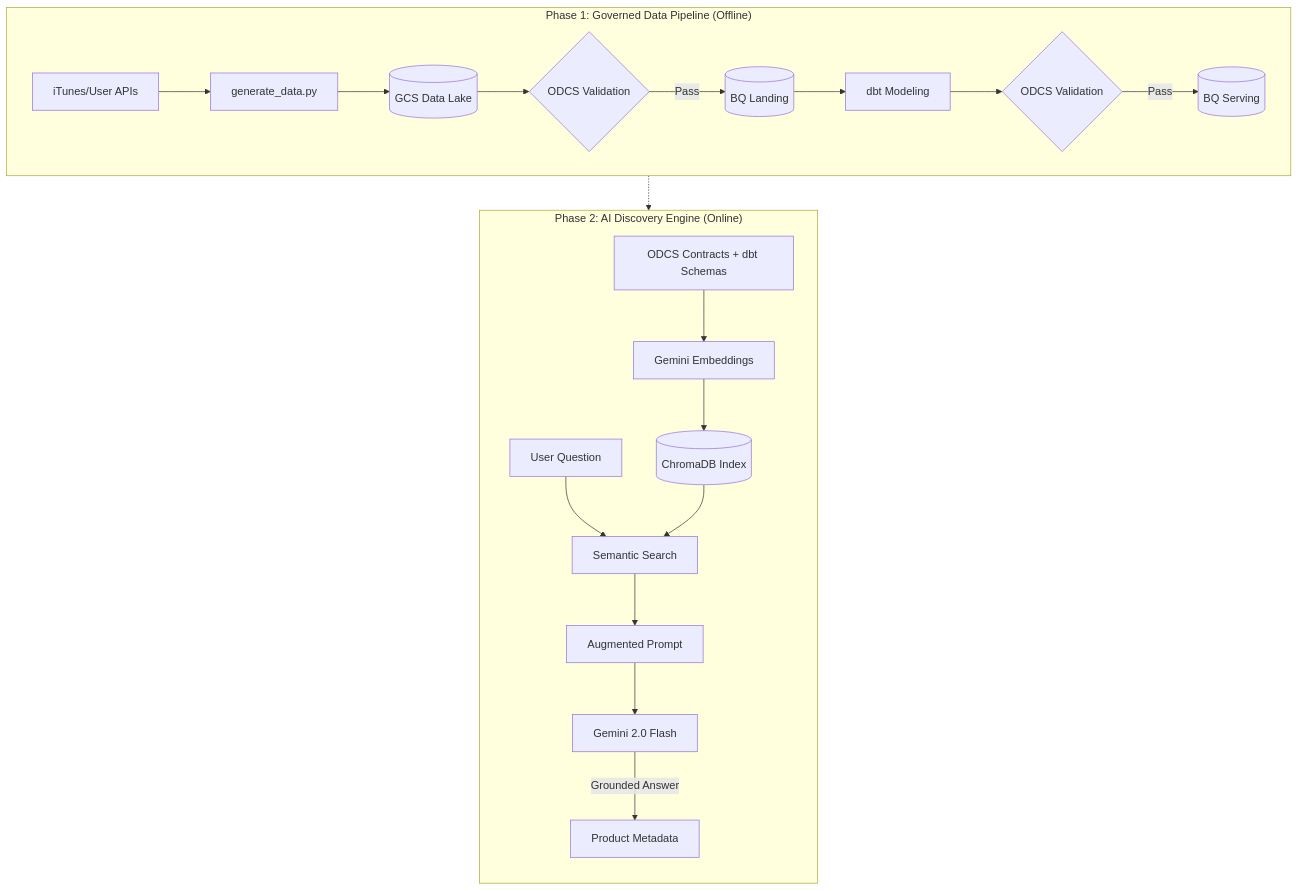
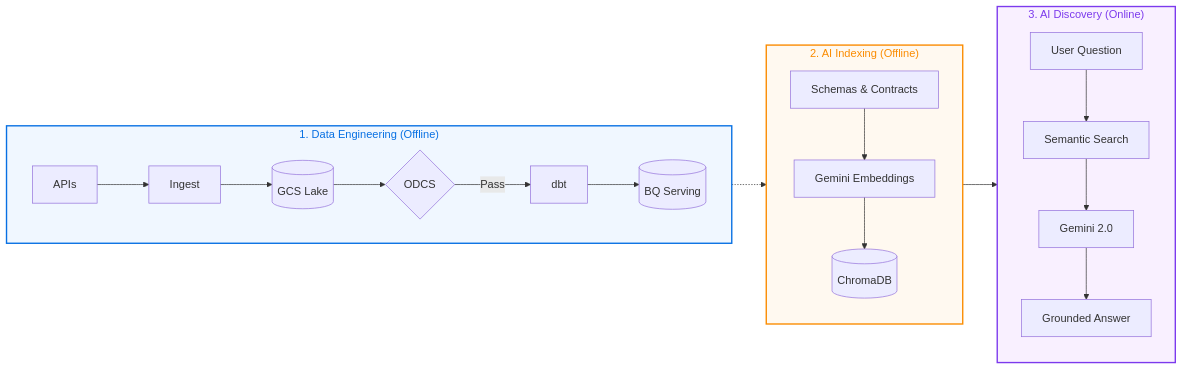
The diagram in README.md (Chugh-Gourav/deftunes_data_engineering_rag_capstone), drawn with Mermaid before and after one commit. The commit also changed other lines of this file, not shown here.

Commit message:
docs: redesigned architecture diagram as horizontal colored swimlanes

````diff
--- a/README.md
+++ b/README.md
@@ -23,27 +23,37 @@
 ```mermaid
-flowchart TD
-    subgraph "Phase 1: Governed Data Pipeline (Offline)"
+flowchart LR
+    subgraph DE ["1. Data Engineering (Offline)"]
         direction LR
-        A["iTunes/User APIs"] --> B["generate_data.py"]
-        B --> C[("GCS Data Lake")]
-        C --> D{"ODCS Validation"}
-        D -- "Pass" --> E[("BQ Landing")]
-        E --> F["dbt Modeling"]
-        F --> G{"ODCS Validation"}
-        G -- "Pass" --> H[("BQ Serving")]
+        S1["APIs"] --> P1["Ingest"]
+        P1 --> DL[("GCS Lake")]
+        DL --> V1{"ODCS"}
+        V1 -- "Pass" --> DBT["dbt"]
+        DBT --> BQS[("BQ Serving")]
     end
 
-    subgraph "Phase 2: AI Discovery Engine (Online)"
+    subgraph AII ["2. AI Indexing (Offline)"]
         direction TB
-        I["ODCS Contracts + dbt Schemas"] --> J["Gemini Embeddings"]
-        J --> K[("ChromaDB Index")]
-        
-        L["User Question"] --> M["Semantic Search"]
-        K --> M
-        M --> N["Augmented Prompt"]
-        N --> O["Gemini 2.0 Flash"]
-        O -- "Grounded Answer" --> P["Product Metadata"]
+        MD["Schemas & Contracts"] --> EMB["Gemini Embeddings"]
+        EMB --> VDB[("ChromaDB")]
     end
 
-    H -.-> I
+    subgraph RAG ["3. AI Discovery (Online)"]
+        direction TB
+        U["User Question"] --> SS["Semantic Search"]
+        VDB --> SS
+        SS --> LLM["Gemini 2.0"]
+        LLM --> A["Grounded Answer"]
+    end
+
+    %% Connection between Pipeline and AI
+    BQS -.-> MD
+
+    %% Styling
+    classDef de fill:#f0f7ff,stroke:#0770E3,stroke-width:2px,color:#0770E3;
+    classDef ai fill:#fff9f0,stroke:#fb8c00,stroke-width:2px,color:#fb8c00;
+    classDef rag fill:#f9f0ff,stroke:#7c3aed,stroke-width:2px,color:#7c3aed;
+    
+    class DE de;
+    class AII ai;
+    class RAG rag;
 ```
````
